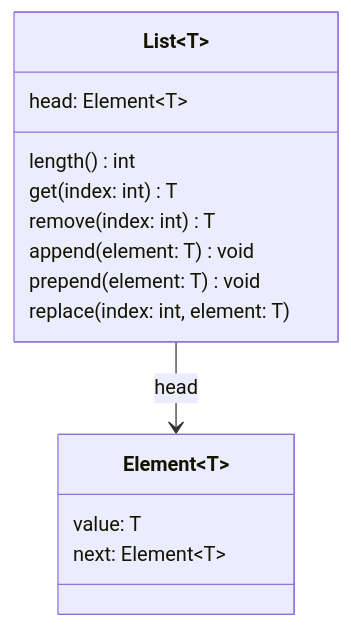
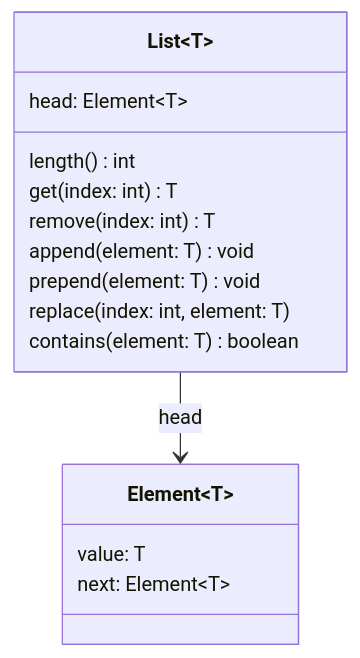
The diagram in Kapitel/01_Datenstrukturen/Diagramme/Liste.mmd (ghackenberg/kurs-datenanalyse), drawn with Mermaid before and after one commit. The commit also changed 15 other files, not shown here.

Commit message:
first content on graph structures

```diff
--- a/Kapitel/01_Datenstrukturen/Diagramme/Liste.mmd
+++ b/Kapitel/01_Datenstrukturen/Diagramme/Liste.mmd
@@ -1,22 +1,23 @@
 classDiagram
 
     direction TB
 
     class List~T~ {
         head: Element~T~
         
         length() int
         get(index: int) T
         remove(index: int) T
         append(element: T) void
         prepend(element: T) void
         replace(index: int, element: T)
+        contains(element: T) boolean
     }
 
     class Element~T~ {
         value: T
 
         next: Element~T~
     }
 
     List --> Element: head
```
